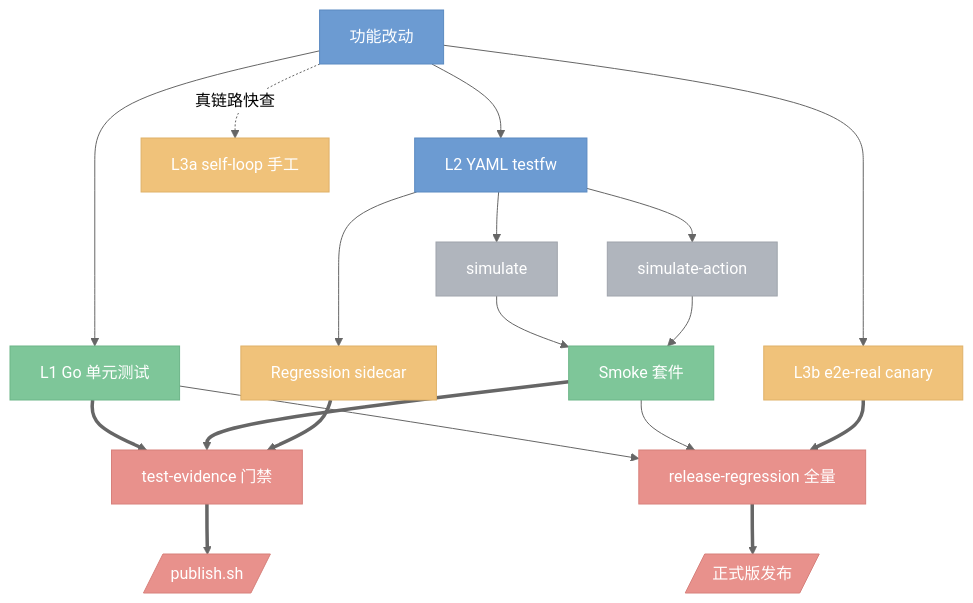
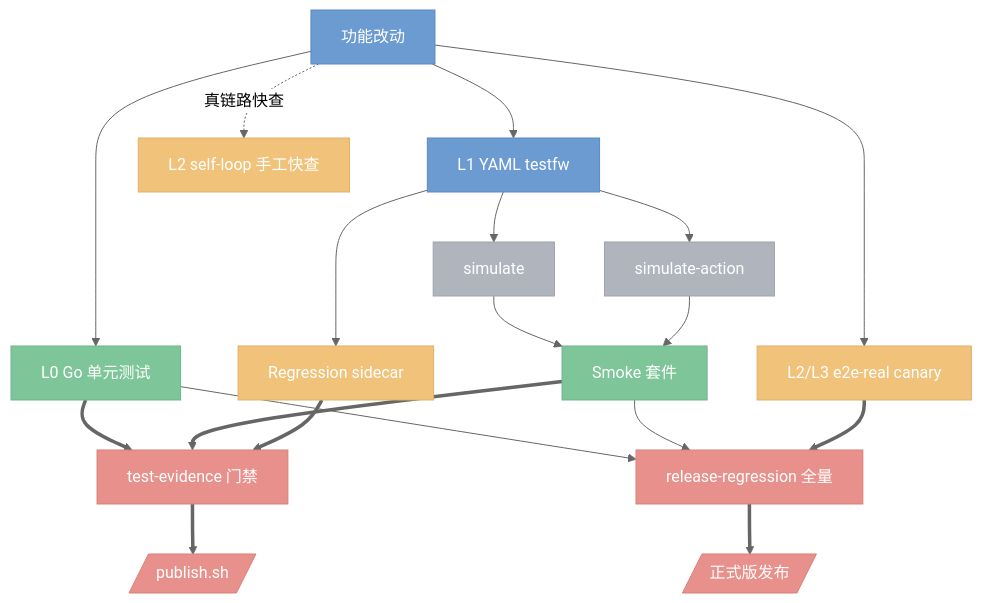
One commit to ZiYang-oyxy/lark-ai-agent-bridge changed the diagram in docs/workflow/test-framework.md. Above: the diagram before and after it, drawn with Mermaid (neutral theme). The commit also changed other lines of this file and 5 other files, not shown here.

````diff
--- a/docs/workflow/test-framework.md
+++ b/docs/workflow/test-framework.md
@@ -18,38 +20,38 @@
 ```mermaid
 flowchart TD
     A[功能改动]:::primary
-    B[L1 Go 单元测试]:::success
-    C[L2 YAML testfw]:::primary
+    B[L0 Go 单元测试]:::success
+    C[L1 YAML testfw]:::primary
     D[simulate]:::grey
     E[simulate-action]:::grey
     F[Smoke 套件]:::success
     G[Regression sidecar]:::warning
     H[test-evidence 门禁]:::danger
-    I[L3a self-loop 手工]:::warning
-    J[L3b e2e-real canary]:::warning
+    I[L2 self-loop 手工快查]:::warning
+    J[L2/L3 e2e-real canary]:::warning
     K[release-regression 全量]:::danger
 
     A --> B
     A --> C
     C --> D
     C --> E
     D --> F
     E --> F
     C --> G
     B ==> H
     F ==> H
     G ==> H
     A -.真链路快查.-> I
     A --> J
     B --> K
     F --> K
     J ==> K
     H ==> Publish[/publish.sh/]:::danger
     K ==> Release[/正式版发布/]:::danger
 
     classDef primary fill:#6C9BD2,stroke:#5B8AC1,color:#fff
     classDef success fill:#7EC699,stroke:#6DB588,color:#fff
     classDef warning fill:#F0C27A,stroke:#DFB169,color:#fff
     classDef danger  fill:#E8918C,stroke:#D7807B,color:#fff
     classDef grey    fill:#B0B5BD,stroke:#9FA4AC,color:#fff
 ```
````
